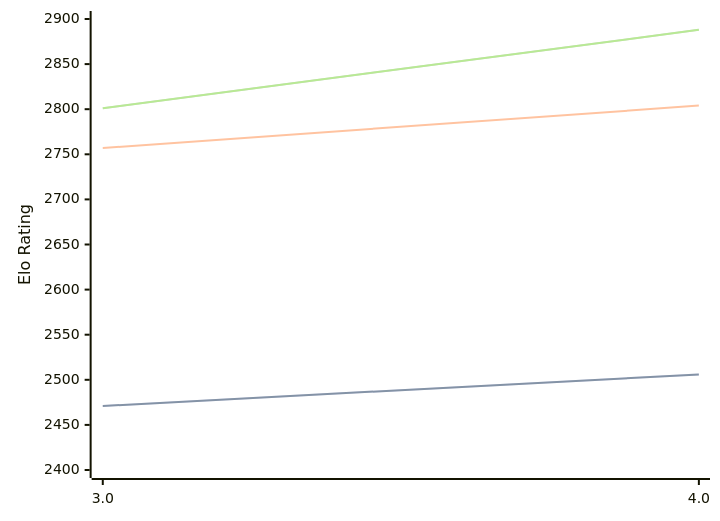
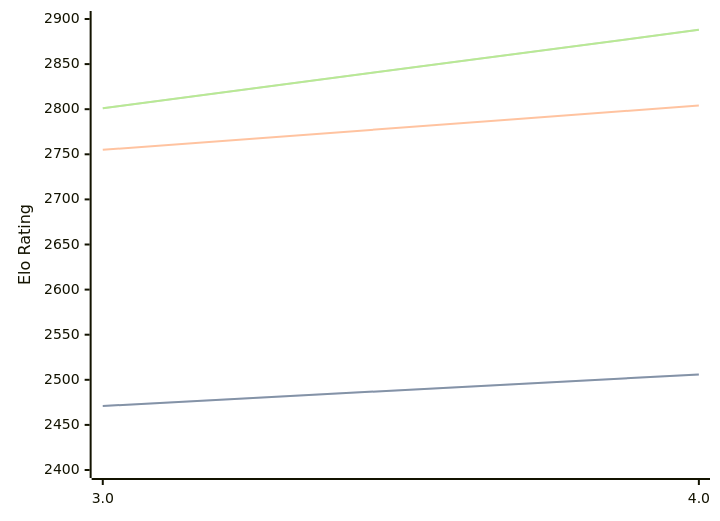
One commit to computer-chess-index/cci changed the diagram in engines/Chess3.md. Above: the diagram before and after it, drawn with Mermaid. The commit also changed other lines of this file, not shown here.

````diff
--- a/engines/Chess3.md
+++ b/engines/Chess3.md
@@ -32,11 +32,11 @@
 ```mermaid
 %%{init: {"theme":"base","themeVariables":{"seriesColors:['#a3a3a3','#222221','#faa371']}}}%%
 xychart-beta
   x-axis ["3.0", "4.0"]
   y-axis "Elo Rating" 2400 --> 2900
   line "" [2471, 2506]
   line "STC (8.0+0.08s)" [2471, 2506]
-  line "LTC (60.0+0.60s)" [2757, 2804]
+  line "LTC (60.0+0.60s)" [2755, 2804]
   line "" [2801, 2888]
   line "VLTC (2m24s+1.12s)" [2801, 2888]
 ```
````
